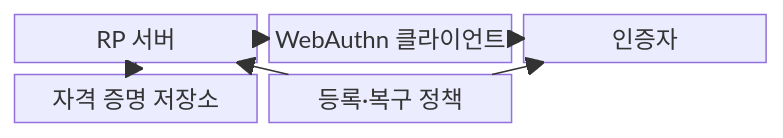
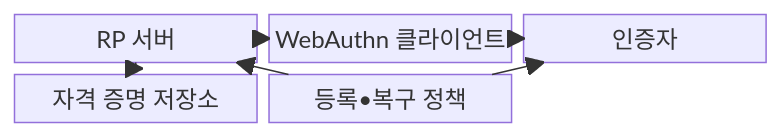
The first of 2 diagrams in src/content/docs/notes/05-security/055_fido2_webauthn.md (agnusdei1207/knowledge-base), drawn with Mermaid before and after one commit. The commit also changed other lines of this file and 953 other files, not shown here.

````diff
--- a/src/content/docs/notes/05-security/055_fido2_webauthn.md
+++ b/src/content/docs/notes/05-security/055_fido2_webauthn.md
@@ -63,14 +63,14 @@
 ```mermaid
 block-beta
   columns 3
   A["RP 서버"]
   B["WebAuthn 클라이언트"]
   C["인증자"]
   D["자격 증명 저장소"]
-  E["등록·복구 정책"]
+  E["등록•복구 정책"]
     A --> B
     B --> C
     A --> D
     E --> A
     E --> C
 ```
````
